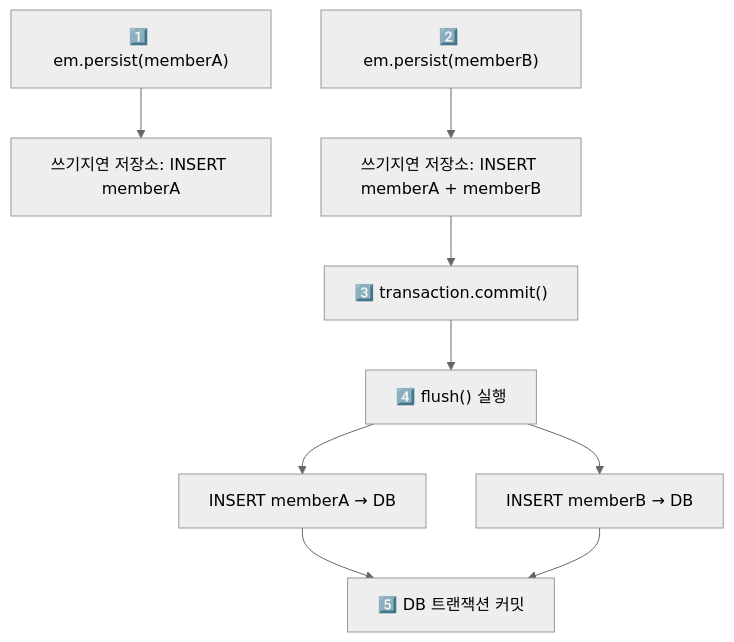
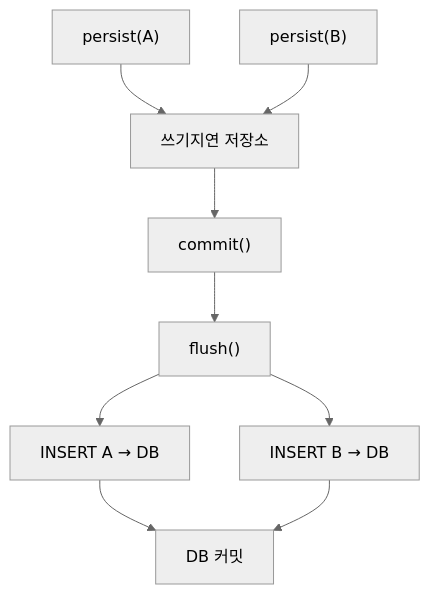
One commit to yjkim2015/yjkim2015.github.io changed the fourth of 5 diagrams in _posts/jpa/2021-10-17-Jpa 영속성 관리.md. Above: the diagram before and after it, drawn with Mermaid (neutral theme). The commit also changed other lines of this file and 215 other files, not shown here.

First line of the commit message:
신규 포스트 10개 추가 + Mermaid 전면 축소 + SystemDesign 시리즈 보강

````diff
--- a/_posts/jpa/2021-10-17-Jpa 영속성 관리.md
+++ b/_posts/jpa/2021-10-17-Jpa 영속성 관리.md
@@ -170,18 +165,9 @@
 ```mermaid
 graph TD
-    PA["1️⃣ em.persist(memberA)"]
-    PB["2️⃣ em.persist(memberB)"]
-    SQL1["쓰기지연 저장소: INSERT memberA"]
-    SQL2["쓰기지연 저장소: INSERT memberA + memberB"]
-    TC["3️⃣ transaction.commit()"]
-    FL["4️⃣ flush() 실행"]
-    DB1["INSERT memberA → DB"]
-    DB2["INSERT memberB → DB"]
-    CM["5️⃣ DB 트랜잭션 커밋"]
-
-    PA --> SQL1
-    PB --> SQL2
-    SQL2 --> TC --> FL
-    FL --> DB1 & DB2
-    DB1 & DB2 --> CM
+    PA["persist(A)"] --> SQL["쓰기지연 저장소"]
+    PB["persist(B)"] --> SQL
+    SQL --> TC["commit()"] --> FL["flush()"]
+    FL --> DB1["INSERT A → DB"]
+    FL --> DB2["INSERT B → DB"]
+    DB1 & DB2 --> CM["DB 커밋"]
 ```
````
